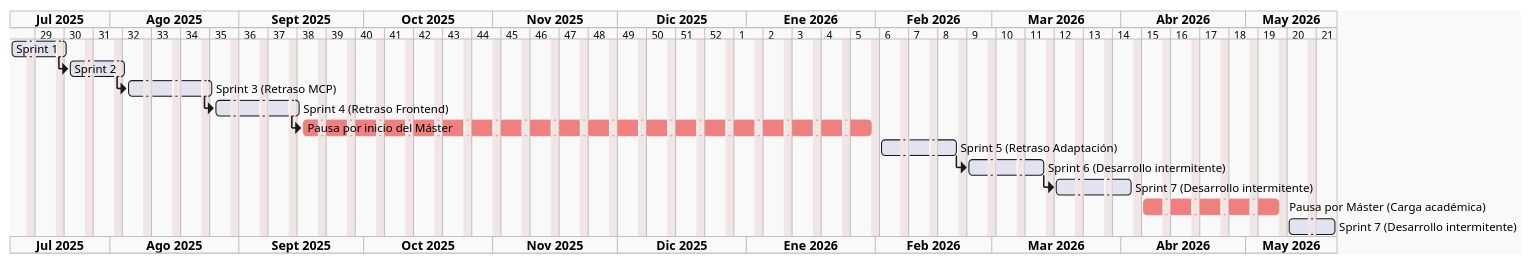
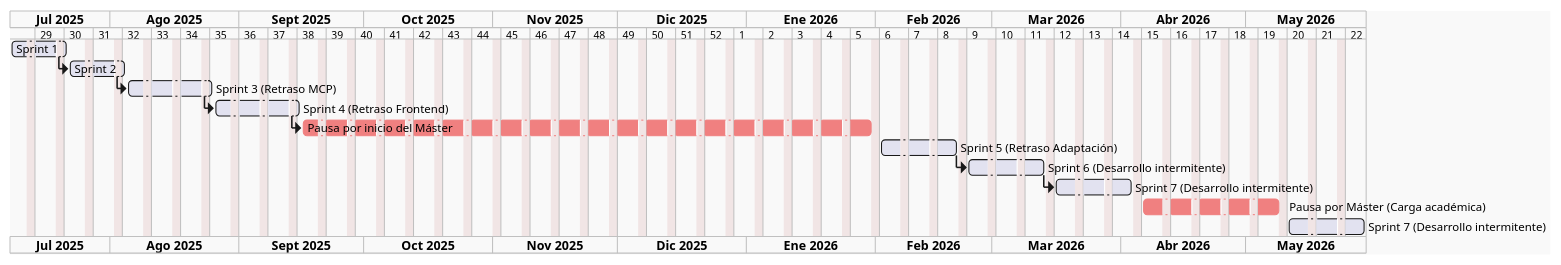
The diagram in docs/diagrams/gantt/seguimiento.pu (estebansuarezcalvoudc/Memento), drawn with PlantUML before and after one commit. The commit also changed 1 other file, not shown here.

Commit message:
Corregir diagramas de Gantt aumentando las horas de desarrollo

```diff
--- a/docs/diagrams/gantt/seguimiento.pu
+++ b/docs/diagrams/gantt/seguimiento.pu
@@ -1,54 +1,54 @@
 @startgantt
 language es
 !theme mars
 
 ' Fecha en la que entregaste el anteproyecto aprox.
 Project starts 2025-07-08
 
 saturday are closed
 sunday are closed
 
 printscale weekly
 
 ' Tu primer commit real
 [Sprint 1] starts 2025-07-08
 [Sprint 1] requires 10 days
 
 [Sprint 2] starts at [Sprint 1]'s end
 [Sprint 2] requires 10 days
 
 [Sprint 3 (Retraso MCP)] starts at [Sprint 2]'s end
 [Sprint 3 (Retraso MCP)] requires 15 days
 
 [Sprint 4 (Retraso Frontend)] starts at [Sprint 3 (Retraso MCP)]'s end
 [Sprint 4 (Retraso Frontend)] requires 15 days
 
 ' Pausa del proyecto pintada en gris
 [Pausa por inicio del Máster] is colored in LightCoral
 [Pausa por inicio del Máster] starts at [Sprint 4 (Retraso Frontend)]'s end
 [Pausa por inicio del Máster] ends 2026-02-01
 
 ' Retoma del proyecto
 [Sprint 5 (Retraso Adaptación)] starts 2026-02-02
 [Sprint 5 (Retraso Adaptación)] requires 15 days
 
 ' Sprint 6 se alarga debido al desarrollo intermitente por el Máster
 [Sprint 6 (Desarrollo intermitente)] starts at [Sprint 5 (Retraso Adaptación)]'s end
 [Sprint 6 (Desarrollo intermitente)] requires 15 days
 
 ' === APLICAMOS LOS ALIAS PARA EL SPRINT 7 ===
 
 ' Primera parte del Sprint 7 (con alias s7_1)
 [Sprint 7 (Desarrollo intermitente)] as [s7_1] starts at [Sprint 6 (Desarrollo intermitente)]'s end
 [s7_1] ends 2026-04-03
 
 ' Pausa real hasta mediados de mayo
 [Pausa por Máster (Carga académica)] is colored in LightCoral
 [Pausa por Máster (Carga académica)] starts 2026-04-06
 [Pausa por Máster (Carga académica)] ends 2026-05-10
 
 ' Segunda parte del Sprint 7 (añadimos un espacio al final del nombre y usamos alias s7_2)
 [Sprint 7 (Desarrollo intermitente) ] as [s7_2] starts 2026-05-11
-[s7_2] requires 10 days
+[s7_2] requires 15 days
 
 @endgantt
```
